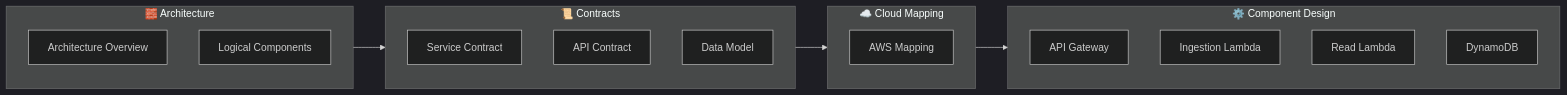
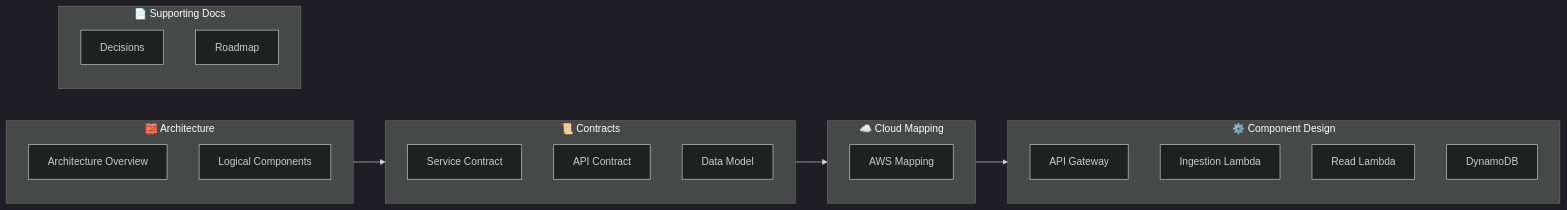
One commit to Kilianrm/cloud-events-platform changed the diagram in docs/README.md. Above: the diagram before and after it, drawn with Mermaid (dark theme). The commit also changed other lines of this file and 2 other files, not shown here.

````diff
--- a/docs/README.md
+++ b/docs/README.md
@@ -32,35 +32,43 @@
 ```mermaid
 flowchart LR
 
 %% ===== ARCHITECTURE =====
 subgraph ARCH["🧱 Architecture"]
   AO[Architecture Overview]
   LC[Logical Components]
 end
 
 %% ===== CONTRACTS =====
 subgraph CONTRACTS["📜 Contracts"]
   SC[Service Contract]
   API[API Contract]
   DM[Data Model]
 end
 
 %% ===== DESIGN / MAPPING =====
 subgraph DESIGN["☁️ Cloud Mapping"]
   CM[AWS Mapping]
 end
 
 %% ===== COMPONENTS =====
 subgraph COMPONENTS["⚙️ Component Design"]
   AGW[API Gateway]
   ING[Ingestion Lambda]
   READ[Read Lambda]
   DB[DynamoDB]
 end
 
+
 %% ===== FLOW =====
 ARCH --> CONTRACTS
 CONTRACTS --> DESIGN
 DESIGN --> COMPONENTS
 
+%% ===== DOCUMENTS (NO FLOW) =====
+subgraph DOCS["📄 Supporting Docs"]
+  ADR[Decisions]
+  NFR[Roadmap]
+end
+
+
 ```
````
